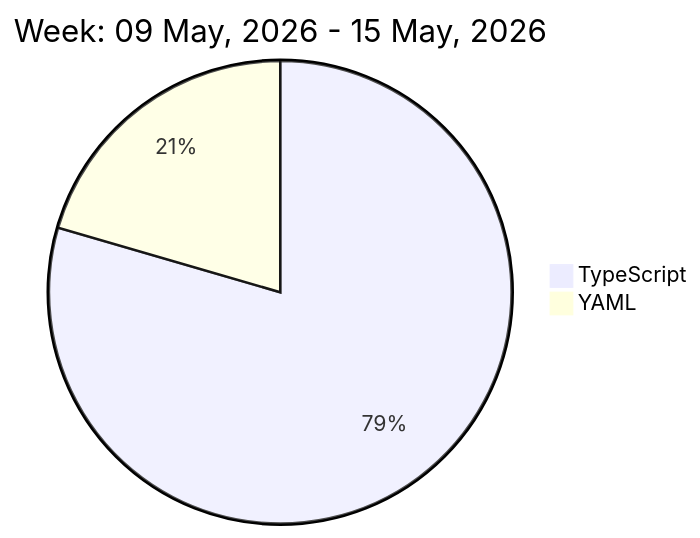
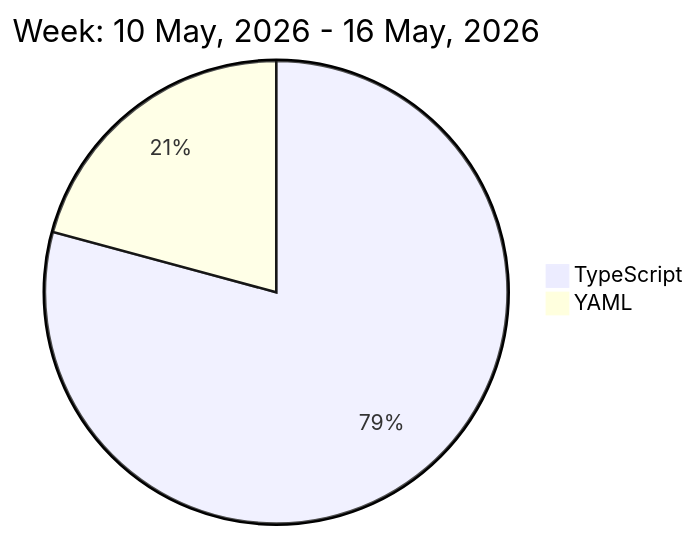
Before and after one commit to liubin95/liubin95: the diagram in README.md, drawn with Mermaid.

Commit message:
Updated the Graph with new Metrics

````diff
--- a/README.md
+++ b/README.md
@@ -32,6 +32,6 @@
 ```mermaid
  pie
-title Week: 09 May, 2026 - 15 May, 2026
- "TypeScript" : 9.5
- "YAML" : 2.45
+title Week: 10 May, 2026 - 16 May, 2026
+ "TypeScript" : 7.88
+ "YAML" : 2.07
 ```
````
